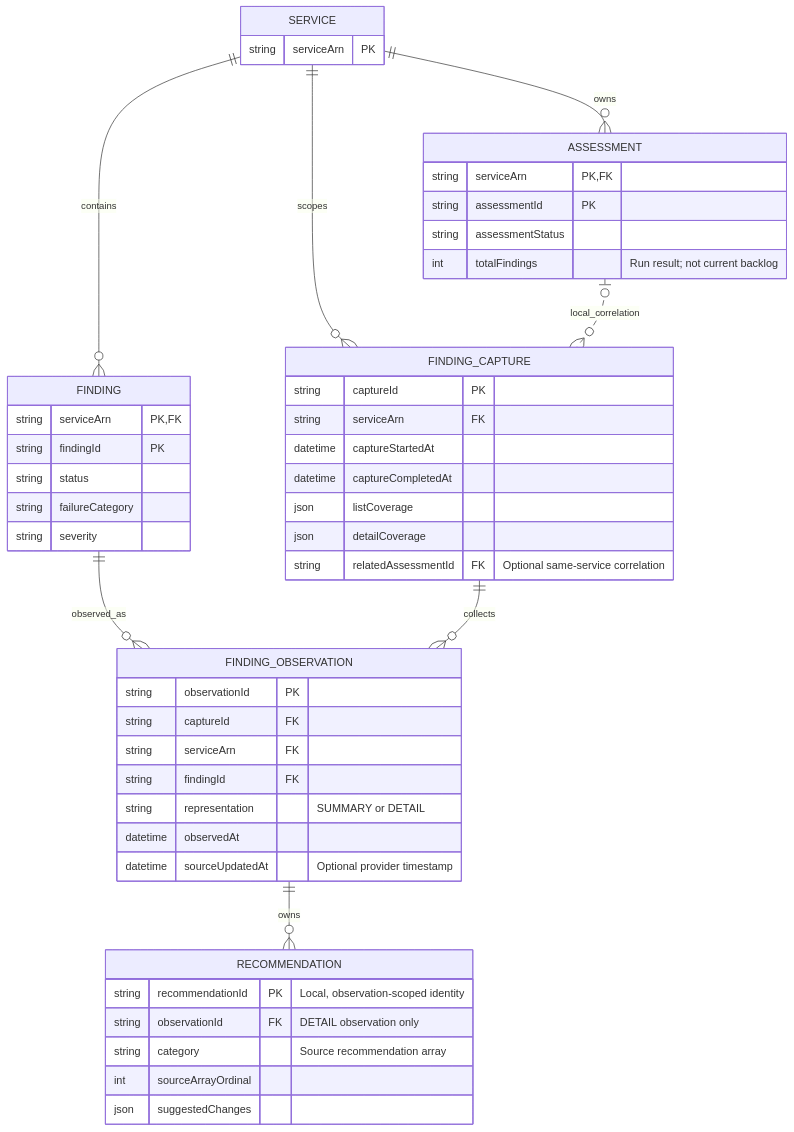
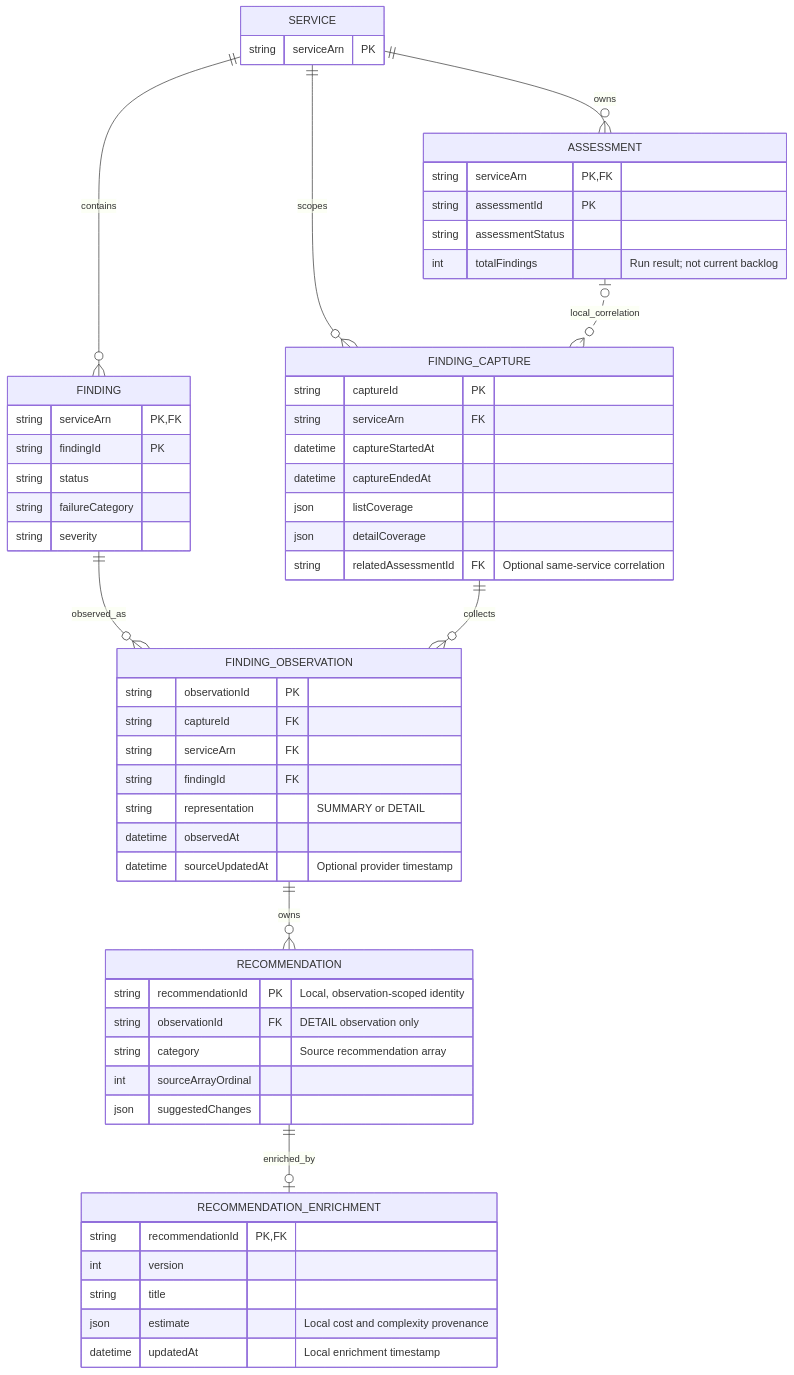
Before and after one commit to lyrel-dev/frontier-agents: the diagram in aws/resilience-hub/analysis/diagrams/03-assessments-findings.md, drawn with Mermaid. The commit also changed other lines of this file and 77 other files, not shown here.

````diff
--- a/aws/resilience-hub/analysis/diagrams/03-assessments-findings.md
+++ b/aws/resilience-hub/analysis/diagrams/03-assessments-findings.md
@@ -30,56 +31,64 @@
 ```mermaid
 %% Reviewed 2026-11-05. Official sources: report S16-S22, S45-S48.
 %% Finding observations have a real surrogate key, used by recommendations.
 %% Capture correlation must use (serviceArn, relatedAssessmentId).
 %% Unique observation: (captureId, serviceArn, findingId, representation).
 erDiagram
     direction TB
     SERVICE {
         string serviceArn PK
     }
     ASSESSMENT {
         string serviceArn PK, FK
         string assessmentId PK
         string assessmentStatus
         int totalFindings "Run result; not current backlog"
     }
     FINDING {
         string serviceArn PK, FK
         string findingId PK
         string status
         string failureCategory
         string severity
     }
     FINDING_CAPTURE {
         string captureId PK
         string serviceArn FK
         datetime captureStartedAt
-        datetime captureCompletedAt
+        datetime captureEndedAt
         json listCoverage
         json detailCoverage
         string relatedAssessmentId FK "Optional same-service correlation"
     }
     FINDING_OBSERVATION {
         string observationId PK
         string captureId FK
         string serviceArn FK
         string findingId FK
         string representation "SUMMARY or DETAIL"
         datetime observedAt
         datetime sourceUpdatedAt "Optional provider timestamp"
     }
     RECOMMENDATION {
         string recommendationId PK "Local, observation-scoped identity"
         string observationId FK "DETAIL observation only"
         string category "Source recommendation array"
         int sourceArrayOrdinal
         json suggestedChanges
     }
+    RECOMMENDATION_ENRICHMENT {
+        string recommendationId PK, FK
+        int version
+        string title
+        json estimate "Local cost and complexity provenance"
+        datetime updatedAt "Local enrichment timestamp"
+    }
     SERVICE ||--o{ ASSESSMENT : owns
     SERVICE ||--o{ FINDING : contains
     SERVICE ||--o{ FINDING_CAPTURE : scopes
     ASSESSMENT o|..o{ FINDING_CAPTURE : local_correlation
     FINDING ||--o{ FINDING_OBSERVATION : observed_as
     FINDING_CAPTURE ||--o{ FINDING_OBSERVATION : collects
     FINDING_OBSERVATION ||--o{ RECOMMENDATION : owns
+    RECOMMENDATION ||--o| RECOMMENDATION_ENRICHMENT : enriched_by
 ```
````
